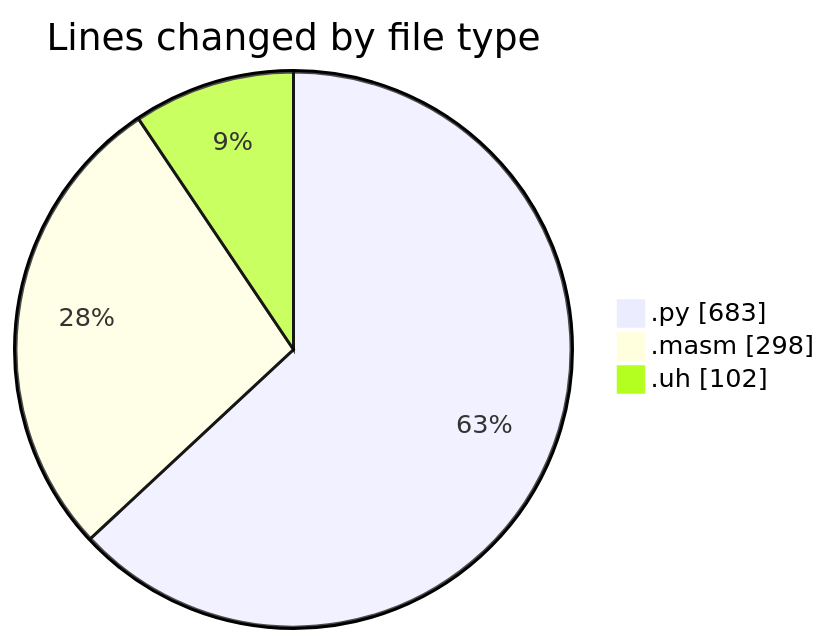
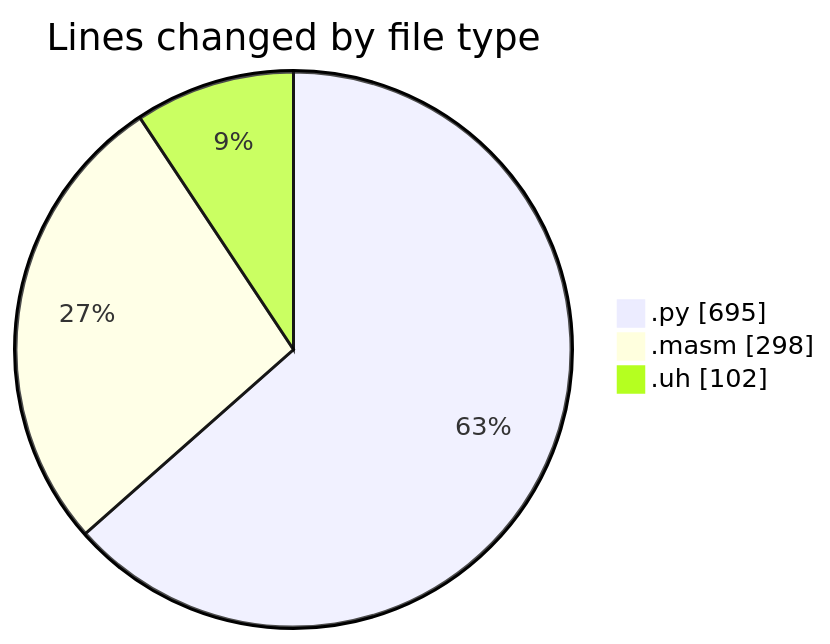
Before and after one commit to charlie-sans/code-tracking: the first of 2 diagrams in 2025-05-01/uhigh-lang/README.md, drawn with Mermaid. The commit also changed other lines of this file and 1 other file, not shown here.

````diff
--- a/2025-05-01/uhigh-lang/README.md
+++ b/2025-05-01/uhigh-lang/README.md
@@ -22,7 +22,7 @@
 ```mermaid
 pie showData
 title Lines changed by file type
-".py" : 683
+".py" : 695
 ".masm" : 298
 ".uh" : 102
 ```
````
